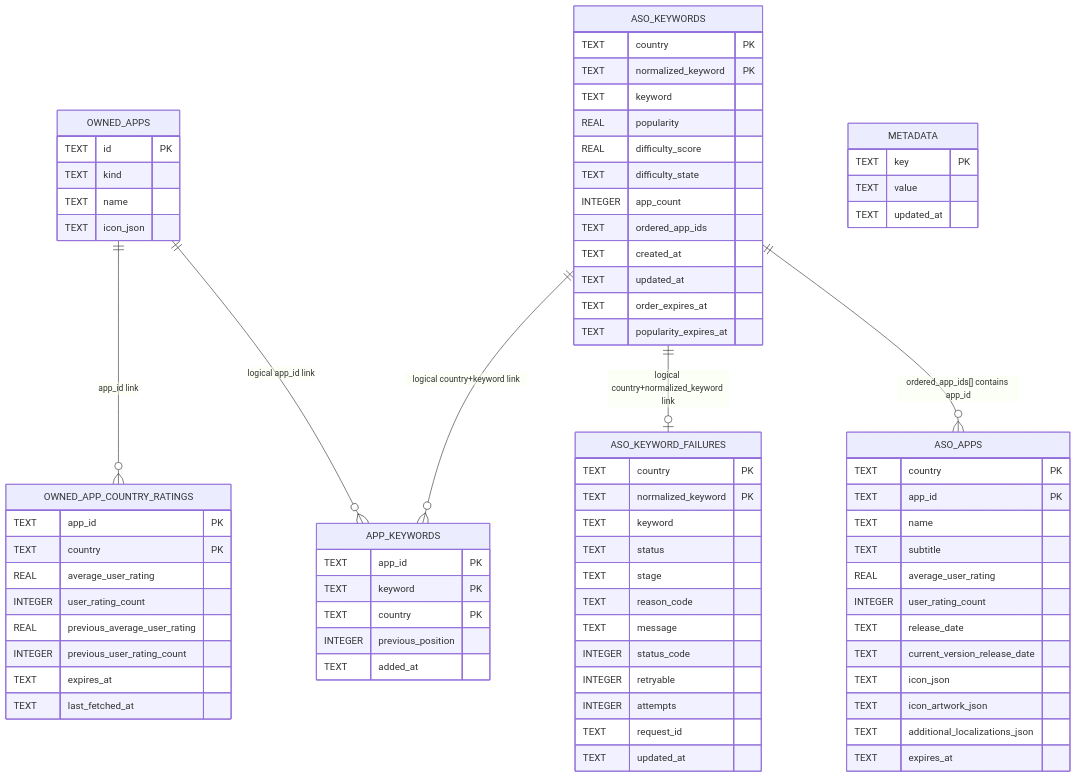
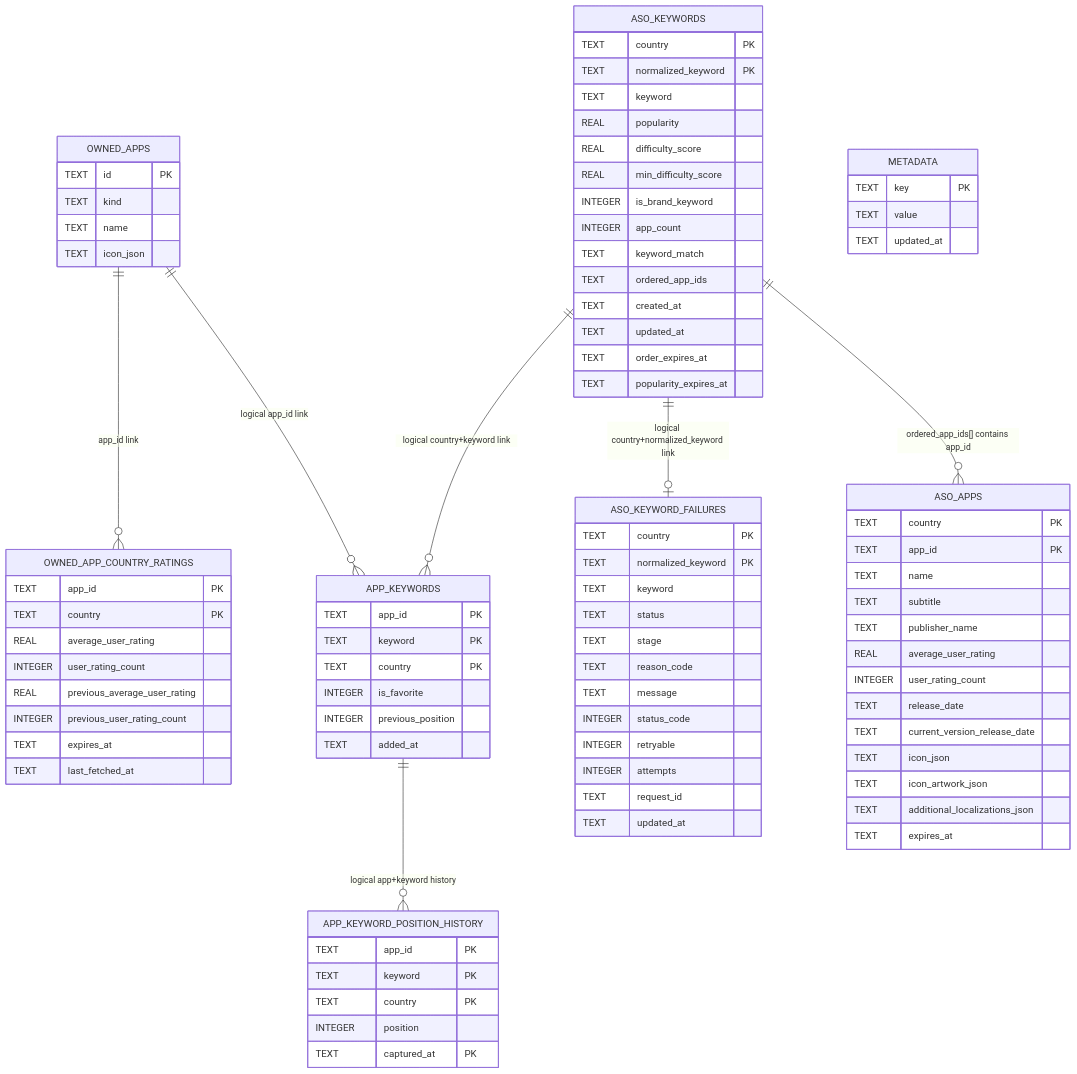
Before and after one commit to onlyilkr/App-Store-Optimization-CLI: the diagram in docs/aso-local-sqlite-schema.md, drawn with Mermaid. The commit also changed other lines of this file and 69 other files, not shown here.

```diff
--- a/docs/aso-local-sqlite-schema.md
+++ b/docs/aso-local-sqlite-schema.md
@@ -30,8 +30,10 @@
     TEXT keyword
     REAL popularity
     REAL difficulty_score
-    TEXT difficulty_state
+    REAL min_difficulty_score
+    INTEGER is_brand_keyword
     INTEGER app_count
+    TEXT keyword_match
     TEXT ordered_app_ids
     TEXT created_at
     TEXT updated_at
@@ -44,6 +46,7 @@
     TEXT app_id PK
     TEXT name
     TEXT subtitle
+    TEXT publisher_name
     REAL average_user_rating
     INTEGER user_rating_count
     TEXT release_date
@@ -58,8 +61,17 @@
     TEXT app_id PK
     TEXT keyword PK
     TEXT country PK
+    INTEGER is_favorite
     INTEGER previous_position
     TEXT added_at
+  }
+
+  APP_KEYWORD_POSITION_HISTORY {
+    TEXT app_id PK
+    TEXT keyword PK
+    TEXT country PK
+    INTEGER position
+    TEXT captured_at PK
   }
 
   METADATA {
@@ -85,6 +97,7 @@
 
   OWNED_APPS ||--o{ OWNED_APP_COUNTRY_RATINGS : "app_id link"
   OWNED_APPS ||--o{ APP_KEYWORDS : "logical app_id link"
+  APP_KEYWORDS ||--o{ APP_KEYWORD_POSITION_HISTORY : "logical app+keyword history"
   ASO_KEYWORDS ||--o{ APP_KEYWORDS : "logical country+keyword link"
   ASO_KEYWORDS ||--o| ASO_KEYWORD_FAILURES : "logical country+normalized_keyword link"
   ASO_KEYWORDS ||--o{ ASO_APPS : "ordered_app_ids[] contains app_id"
```
